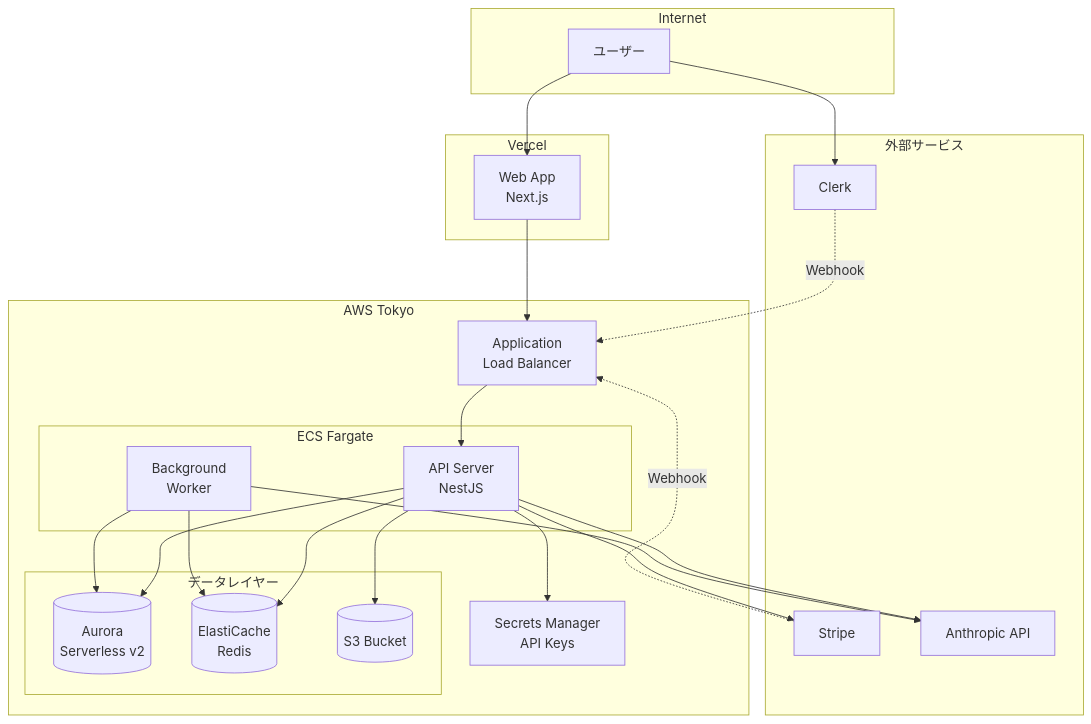
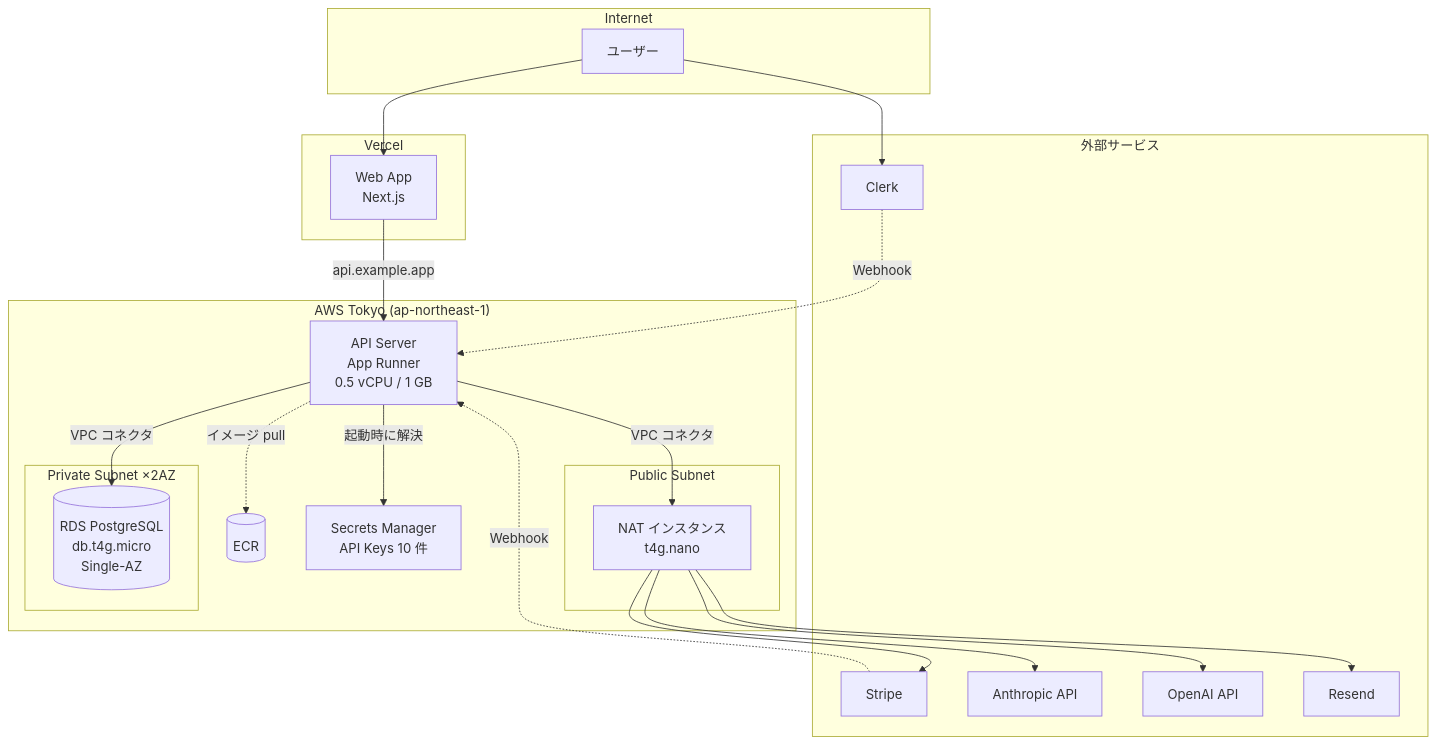
One commit to shintarokono-engineer/ship-yard changed the third of 3 diagrams in docs/architecture.md. Above: the diagram before and after it, drawn with Mermaid. The commit also changed other lines of this file and 5 other files, not shown here.

````diff
--- a/docs/architecture.md
+++ b/docs/architecture.md
@@ -139,46 +138,44 @@
 ```mermaid
 flowchart TB
     subgraph Internet
         User[ユーザー]
     end
 
     subgraph Vercel["Vercel"]
         WebApp[Web App<br/>Next.js]
     end
 
-    subgraph AWS["AWS Tokyo"]
-        ALB[Application<br/>Load Balancer]
-        subgraph ECS["ECS Fargate"]
-            API[API Server<br/>NestJS]
-            Worker[Background<br/>Worker]
+    subgraph AWS["AWS Tokyo (ap-northeast-1)"]
+        API[API Server<br/>App Runner<br/>0.5 vCPU / 1 GB]
+        ECR[(ECR)]
+        Secrets[Secrets Manager<br/>API Keys 10 件]
+        subgraph Public["Public Subnet"]
+            NAT[NAT インスタンス<br/>t4g.nano]
         end
-        subgraph Data["データレイヤー"]
-            RDS[(Aurora<br/>Serverless v2)]
-            Redis[(ElastiCache<br/>Redis)]
-            S3[(S3 Bucket)]
+        subgraph Private["Private Subnet ×2AZ"]
+            RDS[(RDS PostgreSQL<br/>db.t4g.micro<br/>Single-AZ)]
         end
-        Secrets[Secrets Manager<br/>API Keys]
     end
 
     subgraph External["外部サービス"]
         Clerk[Clerk]
         Stripe[Stripe]
         Anthropic[Anthropic API]
+        OpenAI[OpenAI API]
+        Resend[Resend]
     end
 
     User --> WebApp
     User --> Clerk
-    WebApp --> ALB
-    ALB --> API
-    API --> RDS
-    API --> Redis
-    API --> S3
-    API --> Anthropic
-    API --> Stripe
-    Worker --> RDS
-    Worker --> Redis
-    Worker --> Anthropic
-    Stripe -.Webhook.-> ALB
-    Clerk -.Webhook.-> ALB
-    API --> Secrets
+    WebApp -->|api.example.app| API
+    API -->|VPC コネクタ| RDS
+    API -->|VPC コネクタ| NAT
+    NAT --> Anthropic
+    NAT --> OpenAI
+    NAT --> Stripe
+    NAT --> Resend
+    Stripe -.Webhook.-> API
+    Clerk -.Webhook.-> API
+    API -->|起動時に解決| Secrets
+    API -.イメージ pull.-> ECR
 ```
````
